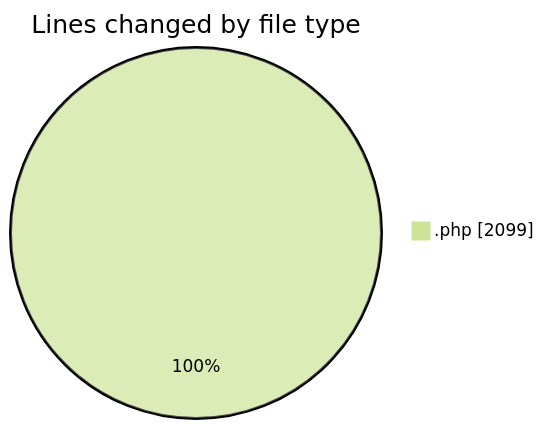
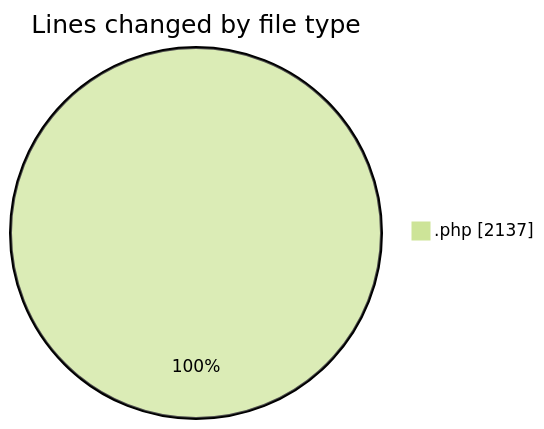
Before and after one commit to debugP/code-tracking: the first of 2 diagrams in 2026-01-13/plugins__workspace_/README.md, drawn with Mermaid (forest theme). The commit also changed other lines of this file and 1 other file, not shown here.

````diff
--- a/2026-01-13/plugins__workspace_/README.md
+++ b/2026-01-13/plugins__workspace_/README.md
@@ -20,5 +20,5 @@
 ```mermaid
 pie showData
 title Lines changed by file type
-".php" : 2099
+".php" : 2137
 ```
````
